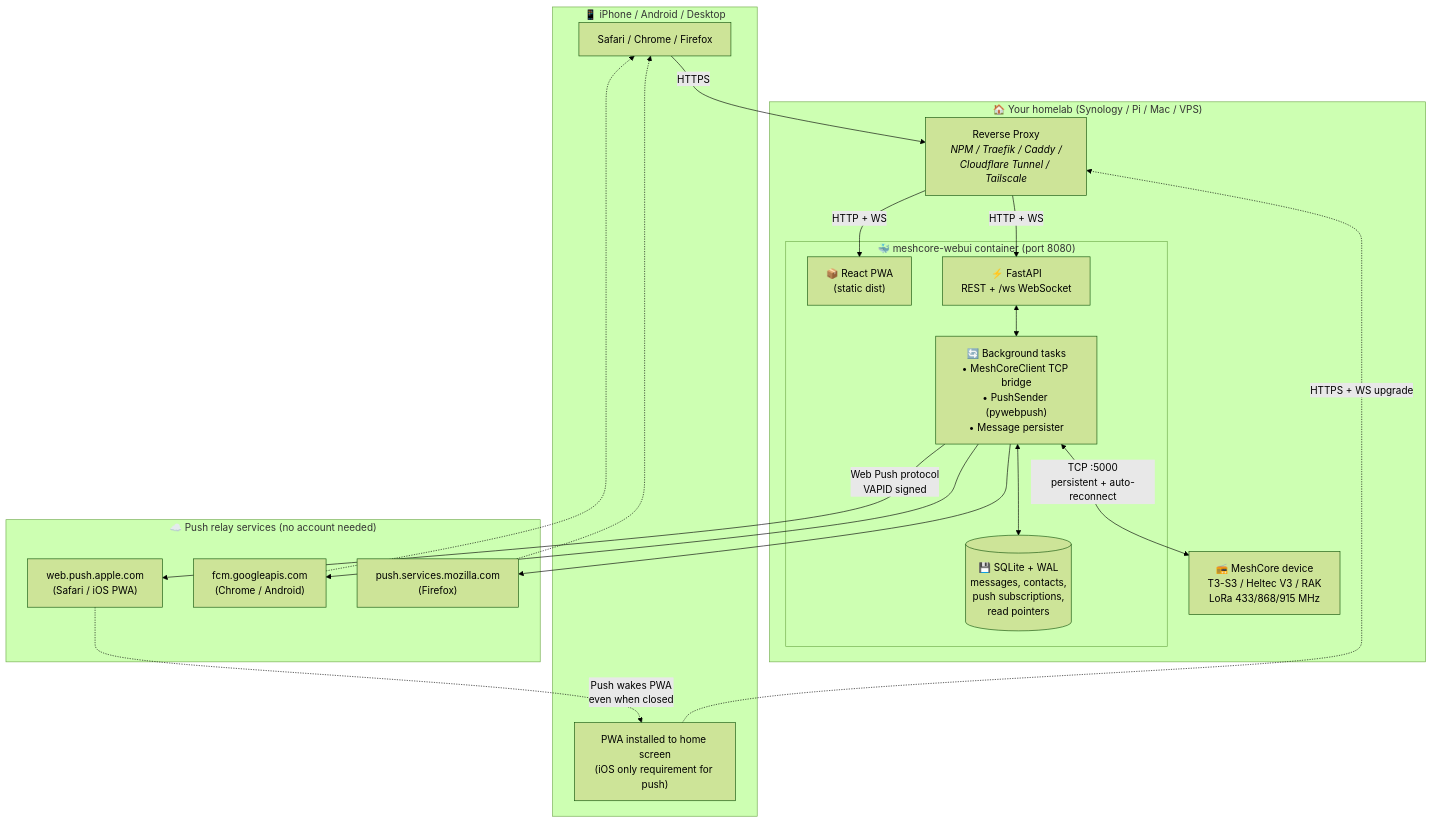
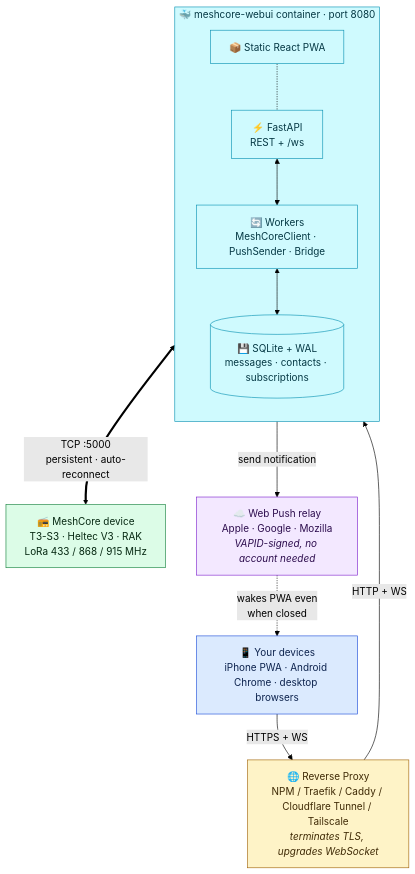
One commit to adradr/meshcore-webui changed the first of 2 diagrams in README.md. Above: the diagram before and after it, drawn with Mermaid (forest theme). The commit also changed other lines of this file, not shown here.

Commit message:
docs(readme): cleaner architecture mermaid (single push lane, color-coded lanes) + tighter sequence

````diff
--- a/README.md
+++ b/README.md
@@ -54,40 +40,38 @@
 ```mermaid
-flowchart TB
-  subgraph Phone["📱 iPhone / Android / Desktop"]
-    Browser["Safari / Chrome / Firefox"]
-    PWA["PWA installed to home screen<br/>(iOS only requirement for push)"]
+flowchart TD
+  Client["📱 Your devices<br/>iPhone PWA · Android Chrome · desktop browsers"]
+
+  Proxy["🌐 Reverse Proxy<br/>NPM / Traefik / Caddy / Cloudflare Tunnel / Tailscale<br/><i>terminates TLS, upgrades WebSocket</i>"]
+
+  subgraph Container["🐳 meshcore-webui container · port 8080"]
+    direction TB
+    UI["📦 Static React PWA"]
+    API["⚡ FastAPI<br/>REST + /ws"]
+    Worker["🔄 Workers<br/>MeshCoreClient · PushSender · Bridge"]
+    DB[("💾 SQLite + WAL<br/>messages · contacts · subscriptions")]
+    UI -.- API
+    API <--> Worker
+    Worker <--> DB
   end
 
-  subgraph Homelab["🏠 Your homelab (Synology / Pi / Mac / VPS)"]
-    Proxy["Reverse Proxy<br/><i>NPM / Traefik / Caddy /<br/>Cloudflare Tunnel / Tailscale</i>"]
+  Device["📻 MeshCore device<br/>T3-S3 · Heltec V3 · RAK<br/>LoRa 433 / 868 / 915 MHz"]
 
-    subgraph Container["🐳 meshcore-webui container (port 8080)"]
-      Static["📦 React PWA<br/>(static dist)"]
-      API["⚡ FastAPI<br/>REST + /ws WebSocket"]
-      Worker["🔄 Background tasks<br/>• MeshCoreClient TCP bridge<br/>• PushSender (pywebpush)<br/>• Message persister"]
-      DB[("💾 SQLite + WAL<br/>messages, contacts,<br/>push subscriptions,<br/>read pointers")]
-    end
+  Push["☁️ Web Push relay<br/>Apple · Google · Mozilla<br/><i>VAPID-signed, no account needed</i>"]
 
-    Device["📻 MeshCore device<br/>T3-S3 / Heltec V3 / RAK<br/>LoRa 433/868/915 MHz"]
-  end
+  Client -- "HTTPS + WS" --> Proxy
+  Proxy -- "HTTP + WS" --> Container
+  Worker <== "TCP :5000<br/>persistent · auto-reconnect" ==> Device
+  Worker -- "send notification" --> Push
+  Push -. "wakes PWA even<br/>when closed" .-> Client
 
-  subgraph PushServices["☁️ Push relay services (no account needed)"]
-    APNs["web.push.apple.com<br/>(Safari / iOS PWA)"]
-    FCM["fcm.googleapis.com<br/>(Chrome / Android)"]
-    Mozilla["push.services.mozilla.com<br/>(Firefox)"]
-  end
-
-  Browser -->|HTTPS| Proxy
-  PWA -.->|HTTPS + WS upgrade| Proxy
-  Proxy -->|HTTP + WS| Static
-  Proxy -->|HTTP + WS| API
-  API <--> Worker
-  Worker <--> DB
-  Worker <-->|TCP :5000<br/>persistent + auto-reconnect| Device
-  Worker -->|Web Push protocol<br/>VAPID signed| APNs
-  Worker --> FCM
-  Worker --> Mozilla
-  APNs -.->|Push wakes PWA<br/>even when closed| PWA
-  FCM -.-> Browser
-  Mozilla -.-> Browser
+  classDef client fill:#dbeafe,stroke:#1d4ed8,color:#0c224d
+  classDef proxy fill:#fef3c7,stroke:#a16207,color:#3f2a06
+  classDef container fill:#cffafe,stroke:#0891b2,color:#053844
+  classDef device fill:#dcfce7,stroke:#15803d,color:#062812
+  classDef push fill:#f3e8ff,stroke:#7e22ce,color:#2c0c4d
+  class Client client
+  class Proxy proxy
+  class Container,UI,API,Worker,DB container
+  class Device device
+  class Push push
 ```
````
